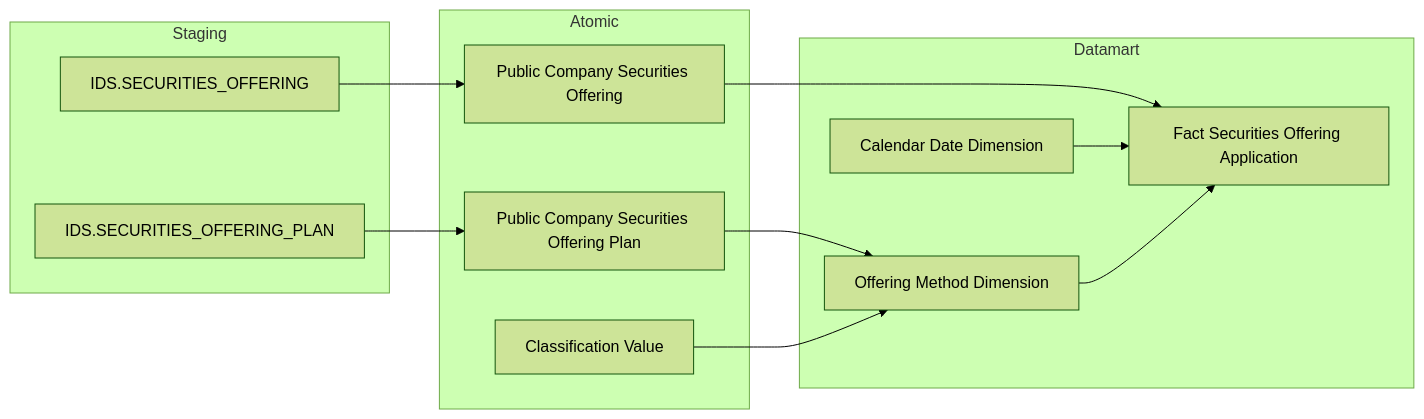
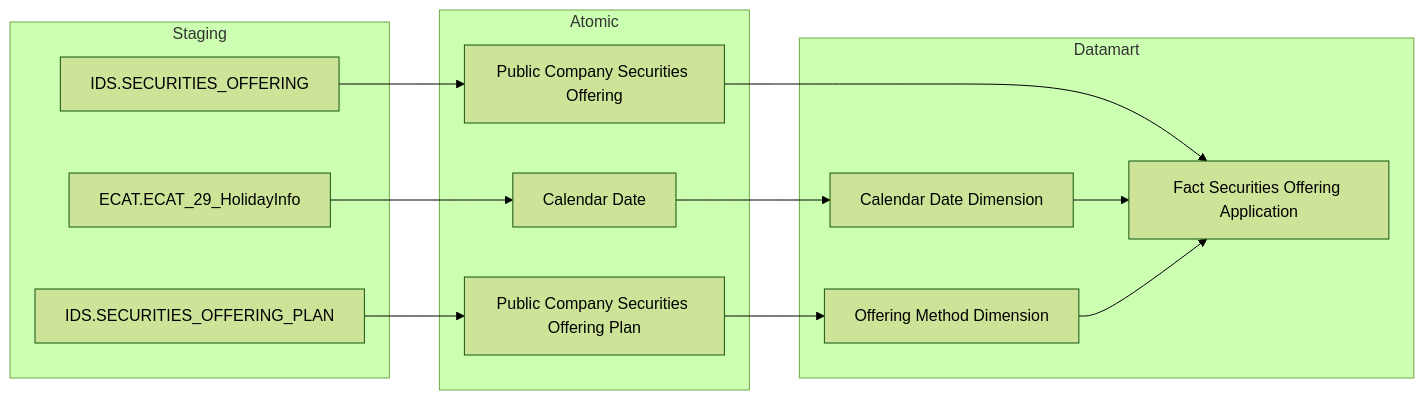
The fifth of 22 diagrams in Datamart/hld/DTM_QLCB_HLD.md (linhlvit/ubck_atomic_design), drawn with Mermaid (forest theme) before and after one commit. The commit also changed other lines of this file and 17 other files, not shown here.

````diff
--- a/Datamart/hld/DTM_QLCB_HLD.md
+++ b/Datamart/hld/DTM_QLCB_HLD.md
@@ -136,29 +209,31 @@
 ```mermaid
 flowchart LR
-    subgraph SRC_IDS["Staging"]
-        S1["IDS.SECURITIES_OFFERING"]
-        S2["IDS.SECURITIES_OFFERING_PLAN"]
+    subgraph SRC["Staging"]
+        IDS_SECURITIES_OFFERING["IDS.SECURITIES_OFFERING"]
+        IDS_SECURITIES_OFFERING_PLAN["IDS.SECURITIES_OFFERING_PLAN"]
+        ECAT_ECAT_29_HolidayInfo["ECAT.ECAT_29_HolidayInfo"]
     end
 
     subgraph SIL["Atomic"]
-        SV1["Public Company Securities Offering"]
-        SV1c["Public Company Securities Offering Plan"]
-        SV4["Classification Value"]
+        Public_Company_Securities_Offering["Public Company Securities Offering"]
+        Public_Company_Securities_Offering_Plan["Public Company Securities Offering Plan"]
+        Calendar_Date["Calendar Date"]
     end
 
-    subgraph Datamart["Datamart"]
-        G1["Fact Securities Offering Application"]
-        G2["Calendar Date Dimension"]
-        G3["Offering Method Dimension"]
+    subgraph GOLD["Datamart"]
+        fct_securities_offering_application["Fact Securities Offering Application"]
+        cdr_dt_dim["Calendar Date Dimension"]
+        offering_method_dim["Offering Method Dimension"]
     end
 
-    S1 --> SV1
-    S2 --> SV1c
+    IDS_SECURITIES_OFFERING --> Public_Company_Securities_Offering
+    IDS_SECURITIES_OFFERING_PLAN --> Public_Company_Securities_Offering_Plan
+    ECAT_ECAT_29_HolidayInfo --> Calendar_Date
 
-    SV1 --> G1
-    SV1c --> G3
-    SV4 --> G3
+    Public_Company_Securities_Offering --> fct_securities_offering_application
+    Public_Company_Securities_Offering_Plan --> offering_method_dim
+    Calendar_Date --> cdr_dt_dim
 
-    G2 --> G1
-    G3 --> G1
+    cdr_dt_dim --> fct_securities_offering_application
+    offering_method_dim --> fct_securities_offering_application
 ```
````
